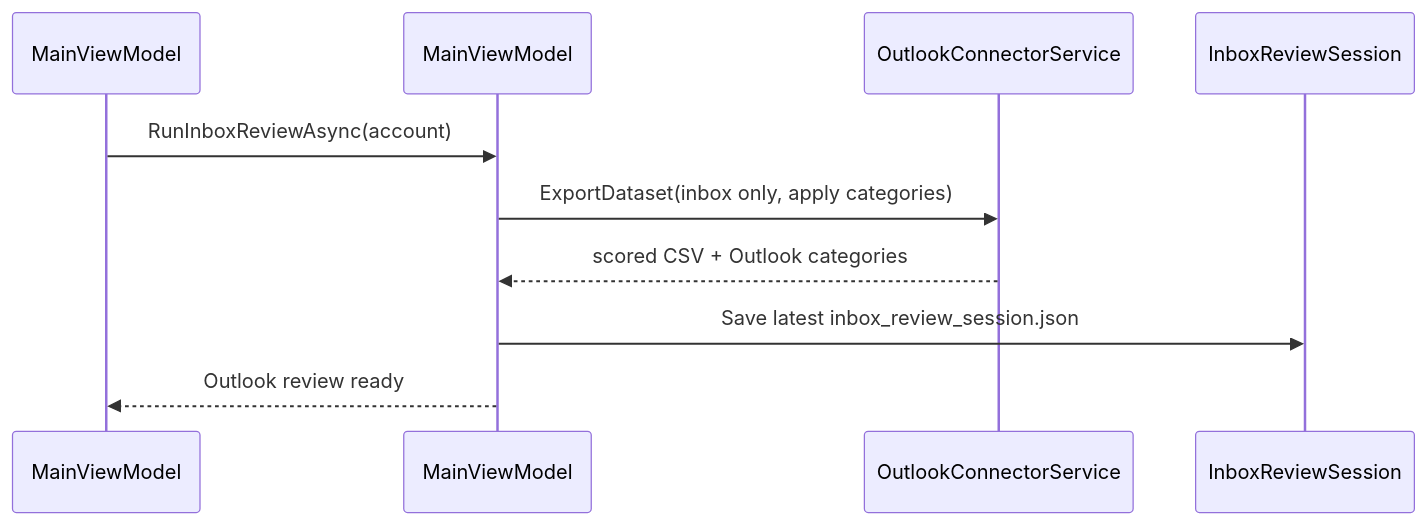
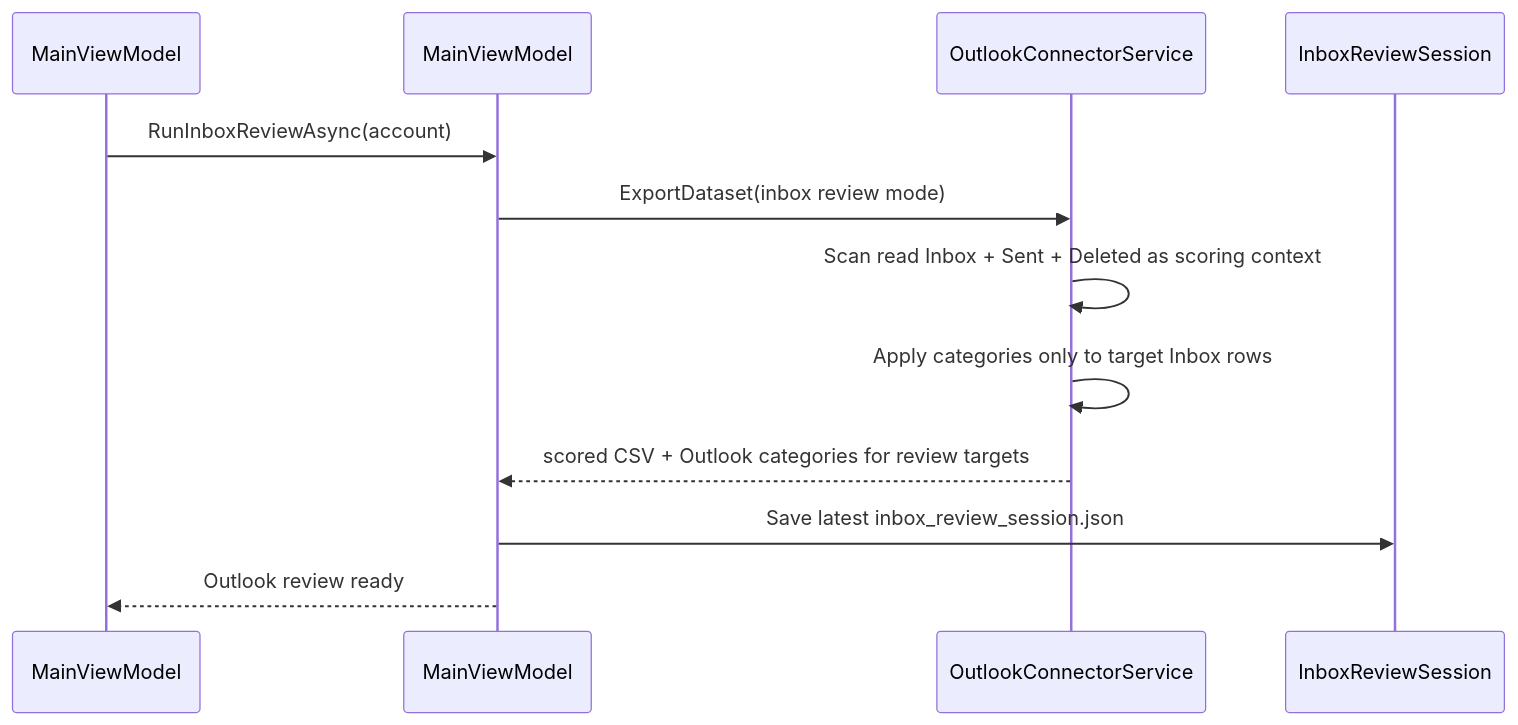
Before and after one commit to kbdarius/MailZen: the fourth of 6 diagrams in Docs/MailZen_Architecture_and_User_Manual.md, drawn with Mermaid. The commit also changed other lines of this file and 4 other files, not shown here.

Commit message:
Simplify inbox review scope and document checkpoints

````diff
--- a/Docs/MailZen_Architecture_and_User_Manual.md
+++ b/Docs/MailZen_Architecture_and_User_Manual.md
@@ -168,13 +169,15 @@
 ```mermaid
 sequenceDiagram
     participant UI as MainViewModel
     participant VM as MainViewModel
     participant OCS as OutlookConnectorService
     participant S as InboxReviewSession
 
     UI->>VM: RunInboxReviewAsync(account)
-    VM->>OCS: ExportDataset(inbox only, apply categories)
-    OCS-->>VM: scored CSV + Outlook categories
+    VM->>OCS: ExportDataset(inbox review mode)
+    OCS->>OCS: Scan read Inbox + Sent + Deleted as scoring context
+    OCS->>OCS: Apply categories only to target Inbox rows
+    OCS-->>VM: scored CSV + Outlook categories for review targets
     VM->>S: Save latest inbox_review_session.json
     VM-->>UI: Outlook review ready
 ```
````
